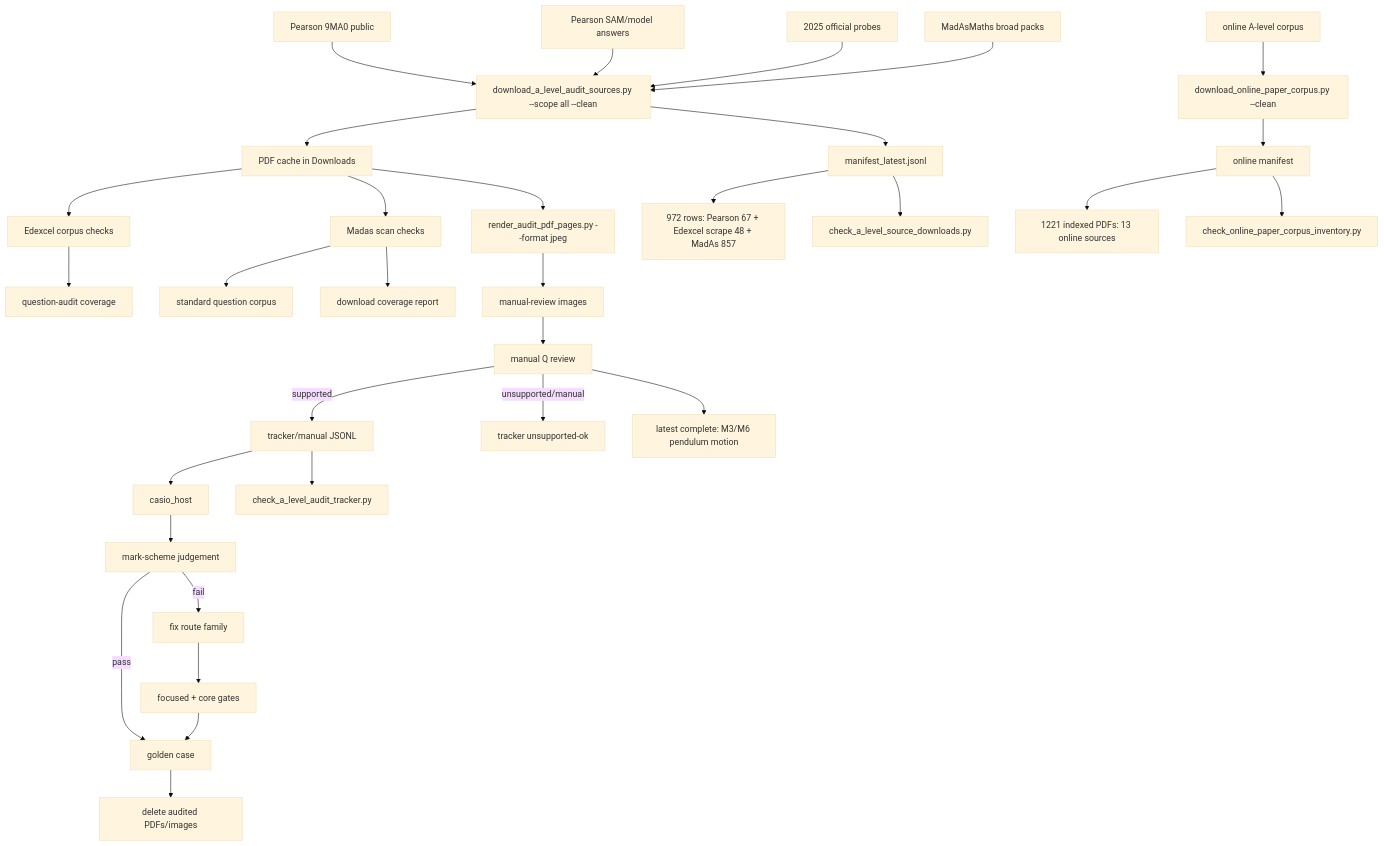
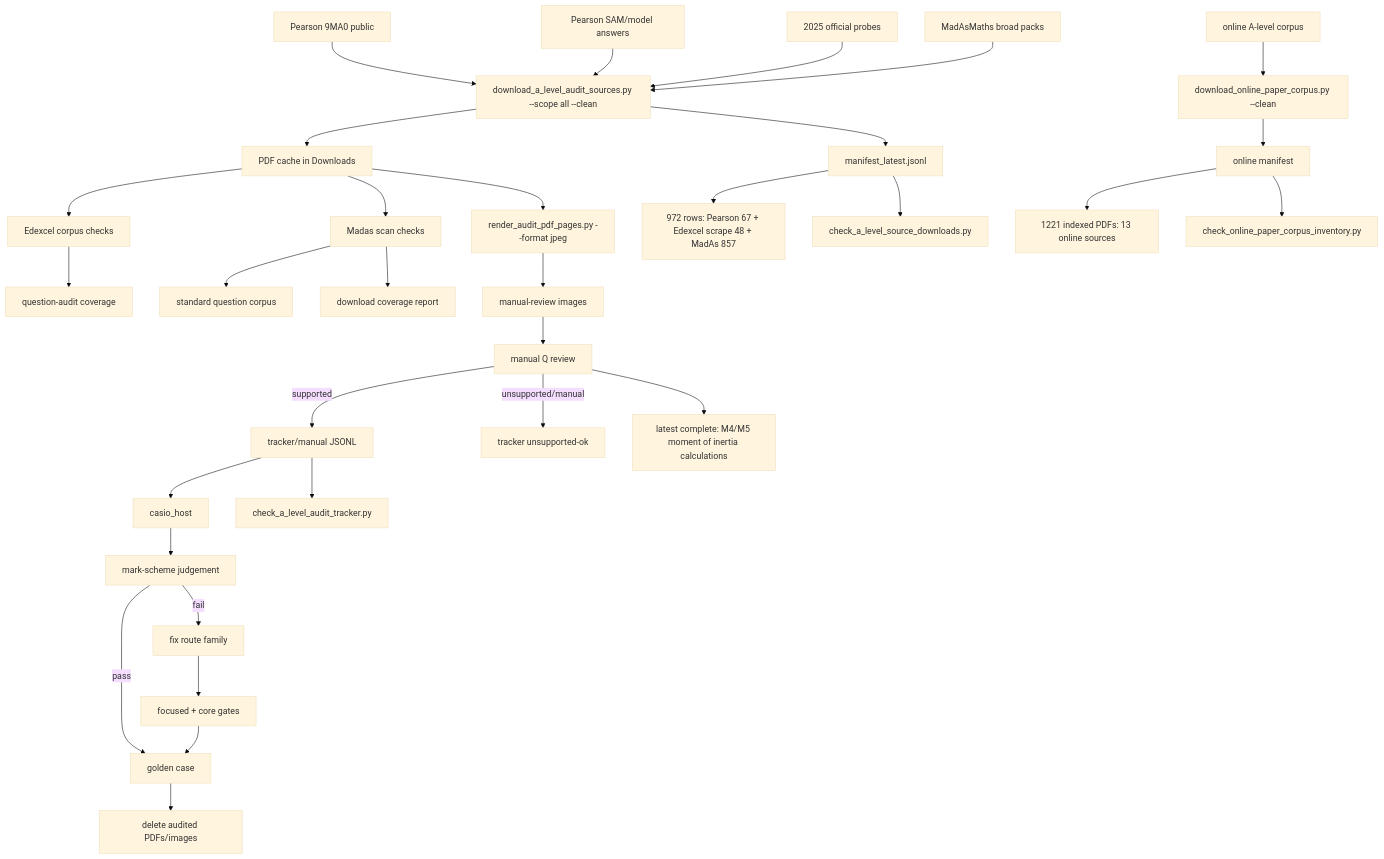
The diagram in c++/tools/golden/a_level_audit_graph.md (james8464/notes-addin-casio-fx-cg50), drawn with Mermaid (base theme) before and after one commit. The commit also changed other lines of this file and 2 other files, not shown here.

Commit message:
Audit M4 M5 moment of inertia booklet

````diff
--- a/c++/tools/golden/a_level_audit_graph.md
+++ b/c++/tools/golden/a_level_audit_graph.md
@@ -3,34 +3,34 @@
 ```mermaid
 graph TD
   E1["Pearson 9MA0 public"] --> D["download_a_level_audit_sources.py --scope all --clean"]
   E2["Pearson SAM/model answers"] --> D
   E3["2025 official probes"] --> D
   M1["MadAsMaths broad packs"] --> D
   O1["online A-level corpus"] --> OD["download_online_paper_corpus.py --clean"]
   D --> P["PDF cache in Downloads"]
   D --> X["manifest_latest.jsonl"]
   OD --> OX["online manifest"]
   X --> XC["972 rows: Pearson 67 + Edexcel scrape 48 + MadAs 857"]
   OX --> OC["1221 indexed PDFs: 13 online sources"]
   X --> V["check_a_level_source_downloads.py"]
   OX --> OV["check_online_paper_corpus_inventory.py"]
   P --> E["Edexcel corpus checks"]
   E --> EQ["question-audit coverage"]
   P --> S["Madas scan checks"]
   S --> M["standard question corpus"]
   S --> MC["download coverage report"]
   P --> R["render_audit_pdf_pages.py --format jpeg"]
   R --> I["manual-review images"]
   I --> Q["manual Q review"]
   Q -->|supported| J["tracker/manual JSONL"]
   Q -->|unsupported/manual| U["tracker unsupported-ok"]
   J --> H["casio_host"]
   J --> K["check_a_level_audit_tracker.py"]
   H --> C["mark-scheme judgement"]
   C -->|pass| G["golden case"]
   C -->|fail| F["fix route family"]
   F --> T["focused + core gates"]
   T --> G
   G --> Z["delete audited PDFs/images"]
-  Q --> Qt["latest complete: M3/M6 pendulum motion"]
+  Q --> Qt["latest complete: M4/M5 moment of inertia calculations"]
 ```
````
